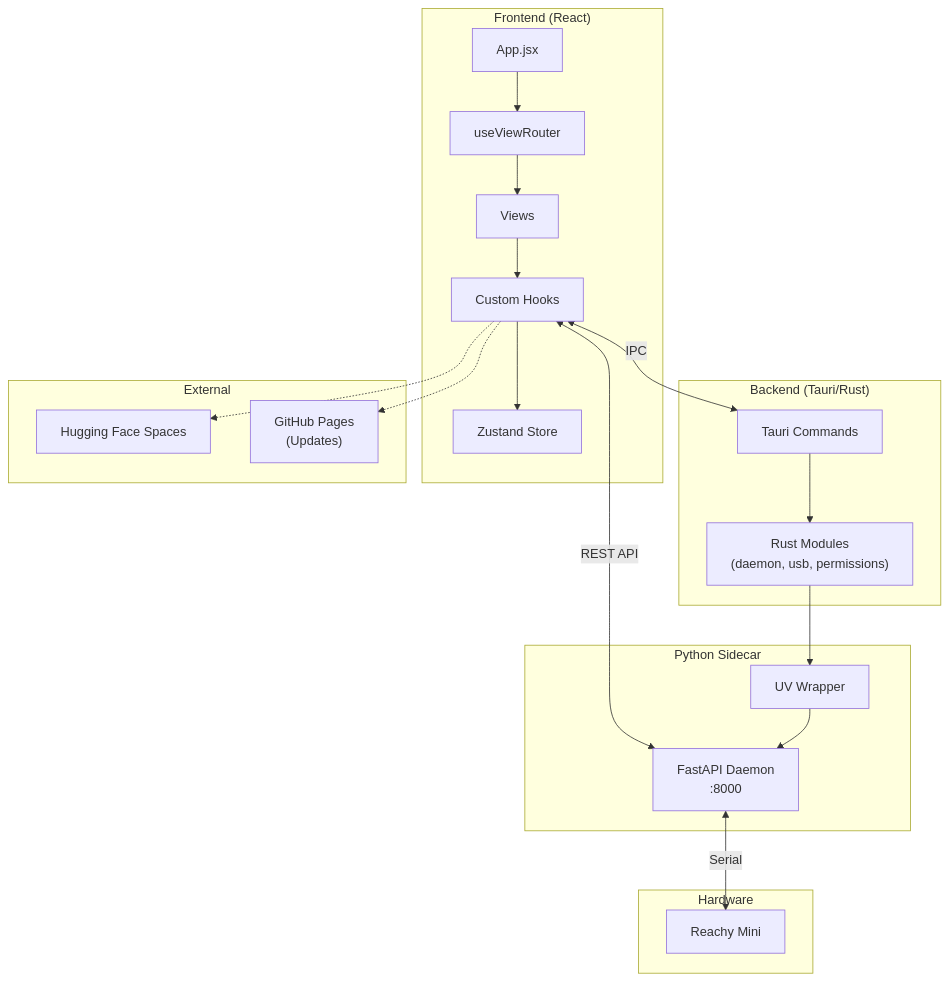
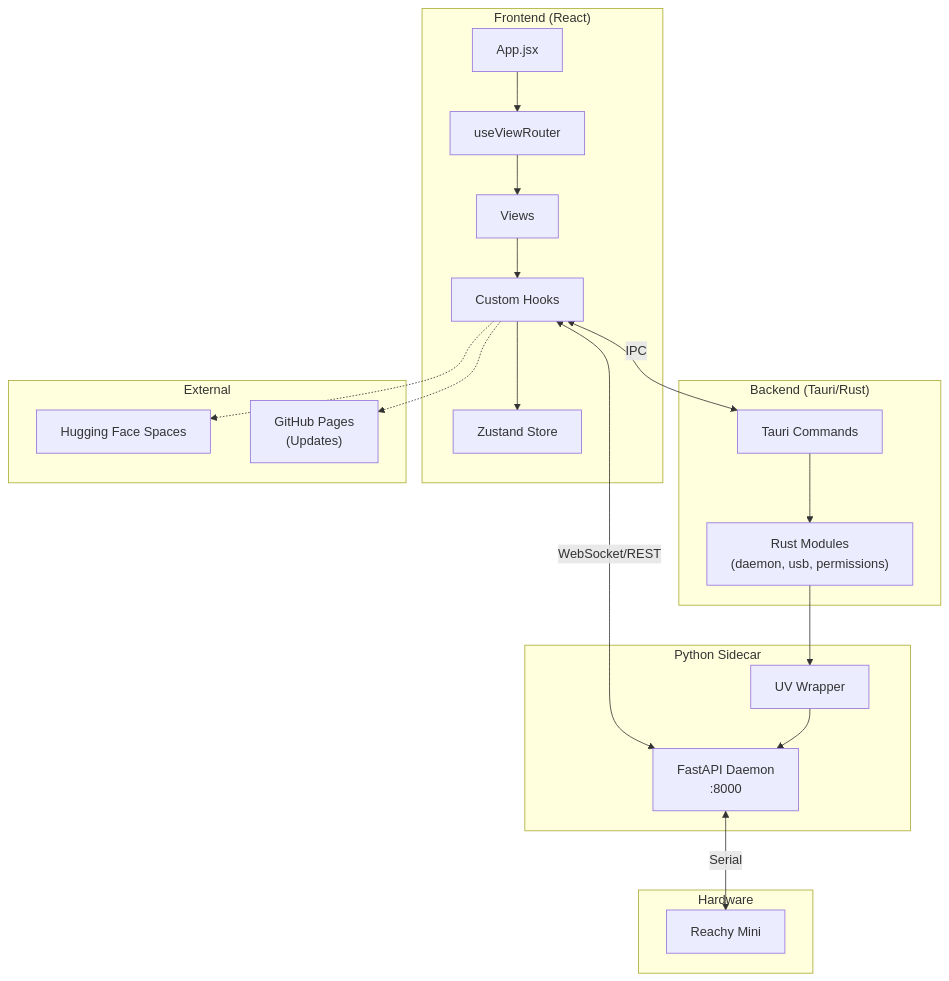
Before and after one commit to algoryn-nl/reachy-mini-desktop-app: the first of 2 diagrams in README.md, drawn with Mermaid. The commit also changed other lines of this file, not shown here.

First line of the commit message:
docs: update README to reflect unified WebSocket architecture

````diff
--- a/README.md
+++ b/README.md
@@ -316,45 +315,45 @@
 ```mermaid
 flowchart TB
     subgraph Frontend["Frontend (React)"]
         App["App.jsx"]
         ViewRouter["useViewRouter"]
         Views["Views"]
         Store["Zustand Store"]
         Hooks["Custom Hooks"]
     end
     
     subgraph Backend["Backend (Tauri/Rust)"]
         Commands["Tauri Commands"]
         Modules["Rust Modules<br/>(daemon, usb, permissions)"]
     end
     
     subgraph Sidecar["Python Sidecar"]
         UV["UV Wrapper"]
         Daemon["FastAPI Daemon<br/>:8000"]
     end
     
     subgraph External["External"]
         HF["Hugging Face Spaces"]
         GH["GitHub Pages<br/>(Updates)"]
     end
     
     subgraph Hardware["Hardware"]
         Robot["Reachy Mini"]
     end
     
     App --> ViewRouter
     ViewRouter --> Views
     Views --> Hooks
     Hooks --> Store
     
     Hooks <-->|IPC| Commands
     Commands --> Modules
     Modules --> UV
     UV --> Daemon
     
-    Hooks <-->|REST API| Daemon
+    Hooks <-->|WebSocket/REST| Daemon
     Daemon <-->|Serial| Robot
     
     Hooks -.-> HF
     Hooks -.-> GH
 ```
````
